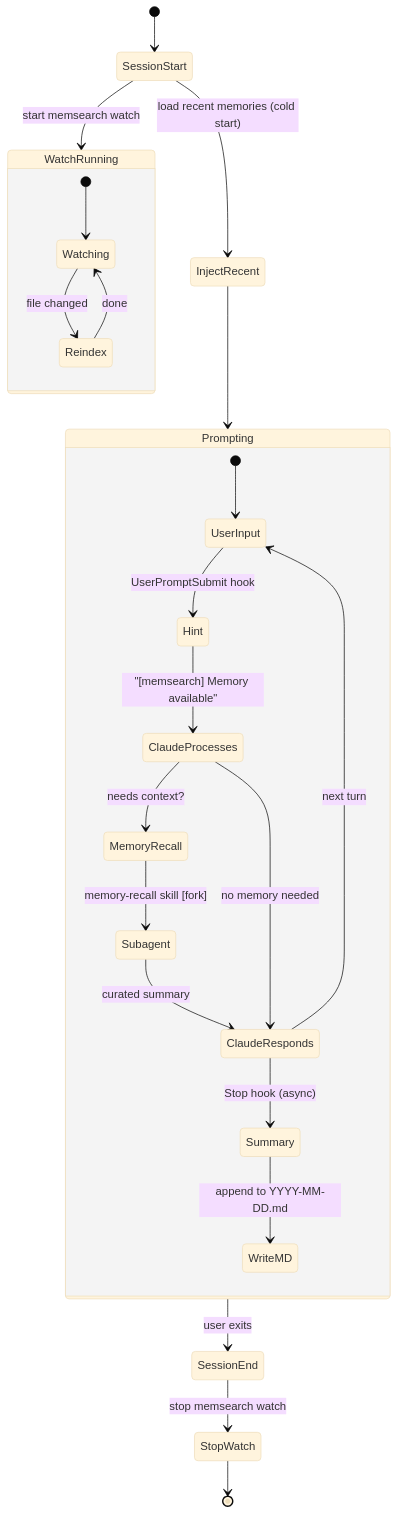
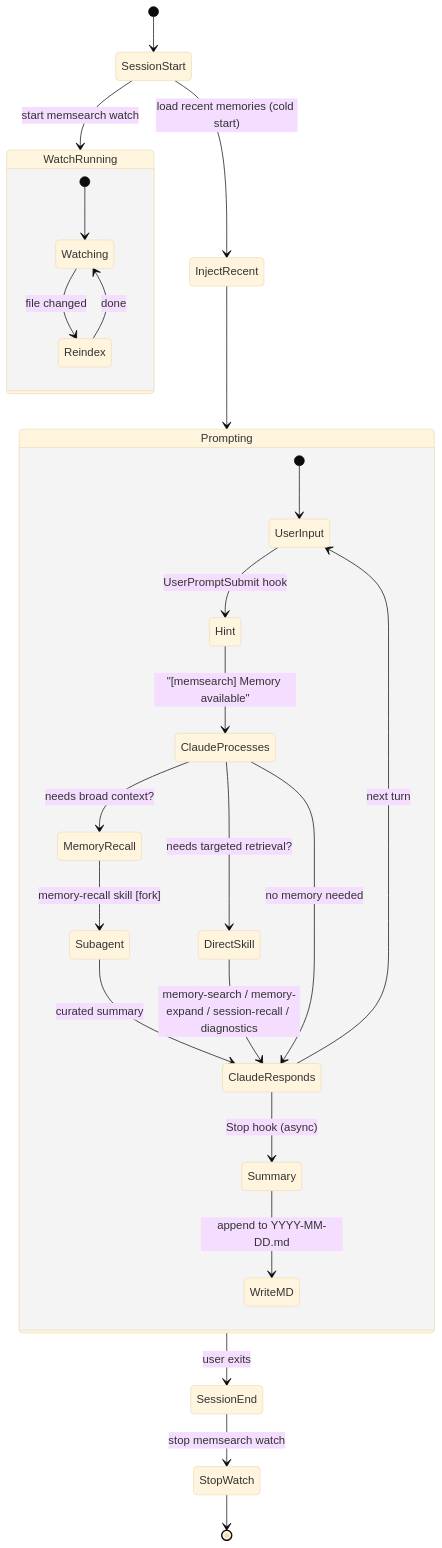
One commit to zilliztech/memsearch changed the second of 3 diagrams in docs/platforms/claude-code/how-it-works.md. Above: the diagram before and after it, drawn with Mermaid (base theme). The commit also changed other lines of this file and 11 other files, not shown here.

Commit message:
feat: add direct Claude Code memory skills

````diff
--- a/docs/platforms/claude-code/how-it-works.md
+++ b/docs/platforms/claude-code/how-it-works.md
@@ -57,31 +57,33 @@
 ```mermaid
 stateDiagram-v2
     [*] --> SessionStart
     SessionStart --> WatchRunning: start memsearch watch
     SessionStart --> InjectRecent: load recent memories (cold start)
 
     state WatchRunning {
         [*] --> Watching
         Watching --> Reindex: file changed
         Reindex --> Watching: done
     }
 
     InjectRecent --> Prompting
 
     state Prompting {
         [*] --> UserInput
         UserInput --> Hint: UserPromptSubmit hook
         Hint --> ClaudeProcesses: "[memsearch] Memory available"
-        ClaudeProcesses --> MemoryRecall: needs context?
+        ClaudeProcesses --> MemoryRecall: needs broad context?
         MemoryRecall --> Subagent: memory-recall skill [fork]
         Subagent --> ClaudeResponds: curated summary
+        ClaudeProcesses --> DirectSkill: needs targeted retrieval?
+        DirectSkill --> ClaudeResponds: memory-search / memory-expand / session-recall / diagnostics
         ClaudeProcesses --> ClaudeResponds: no memory needed
         ClaudeResponds --> UserInput: next turn
         ClaudeResponds --> Summary: Stop hook (async)
         Summary --> WriteMD: append to YYYY-MM-DD.md
     }
 
     Prompting --> SessionEnd: user exits
     SessionEnd --> StopWatch: stop memsearch watch
     StopWatch --> [*]
 ```
````
